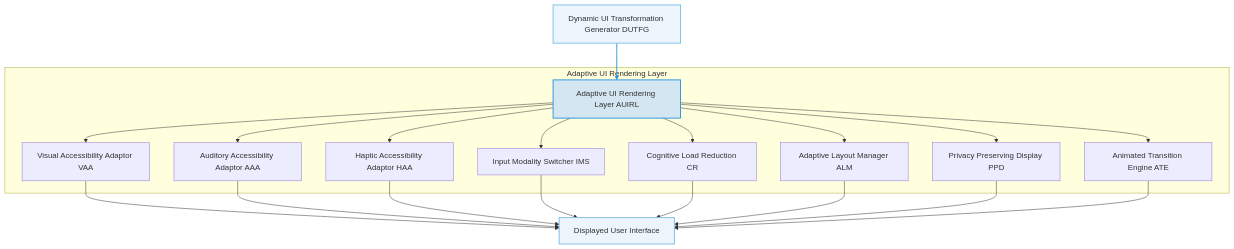
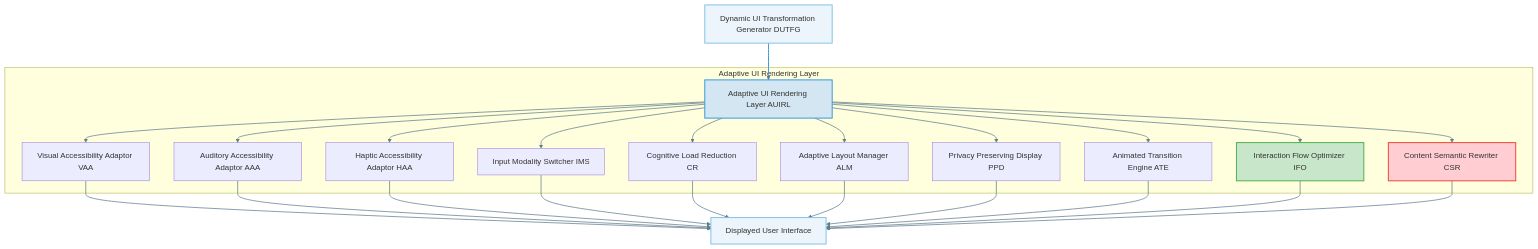
One commit to diplomat-bit/Citibank_Demo_Business_Inc_Demonstration- changed the sixth of 13 diagrams in inventions/inventions/contextual_adaptive_accessibility_system.md. Above: the diagram before and after it, drawn with Mermaid. The commit also changed other lines of this file, not shown here.

````diff
--- a/inventions/inventions/contextual_adaptive_accessibility_system.md
+++ b/inventions/inventions/contextual_adaptive_accessibility_system.md
@@ -89,27 +277,34 @@
 ```mermaid
 graph TD
     A[Dynamic UI Transformation Generator DUTFG] --> B[Adaptive UI Rendering Layer AUIRL]
     subgraph Adaptive UI Rendering Layer
         B --> C[Visual Accessibility Adaptor VAA]
         B --> D[Auditory Accessibility Adaptor AAA]
         B --> E[Haptic Accessibility Adaptor HAA]
         B --> F[Input Modality Switcher IMS]
         B --> G[Cognitive Load Reduction CR]
         B --> H[Adaptive Layout Manager ALM]
         B --> I[Privacy Preserving Display PPD]
         B --> J[Animated Transition Engine ATE]
+        B --> L[Interaction Flow Optimizer IFO]
+        B --> M[Content Semantic Rewriter CSR]
     end
     C --> K[Displayed User Interface]
     D --> K
     E --> K
     F --> K
     G --> K
     H --> K
     I --> K
     J --> K
+    L --> K
+    M --> K
 
     style A fill:#EBF5FB,stroke:#85C1E9,stroke-width:2px;
     style B fill:#D4E6F1,stroke:#3498DB,stroke-width:2px;
     style K fill:#EBF5FB,stroke:#85C1E9,stroke-width:2px;
+    style L fill:#C8E6C9,stroke:#4CAF50,stroke-width:2px;
+    style M fill:#FFCDD2,stroke:#F44336,stroke-width:2px;
     linkStyle 0 stroke:#3498DB,stroke-width:2px;
+    linkStyle default stroke:#607D8B,stroke-width:1.5px,fill:none;
 ```
````
